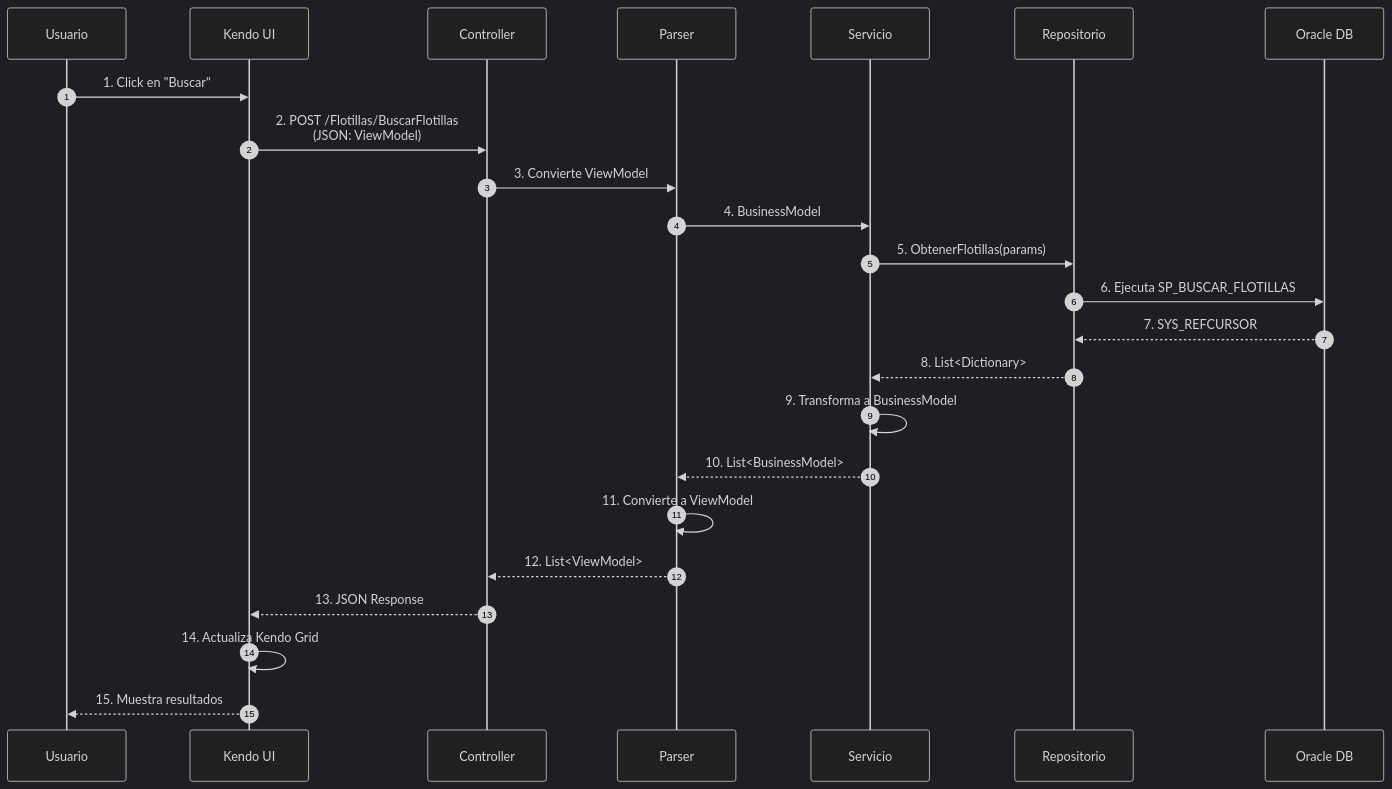
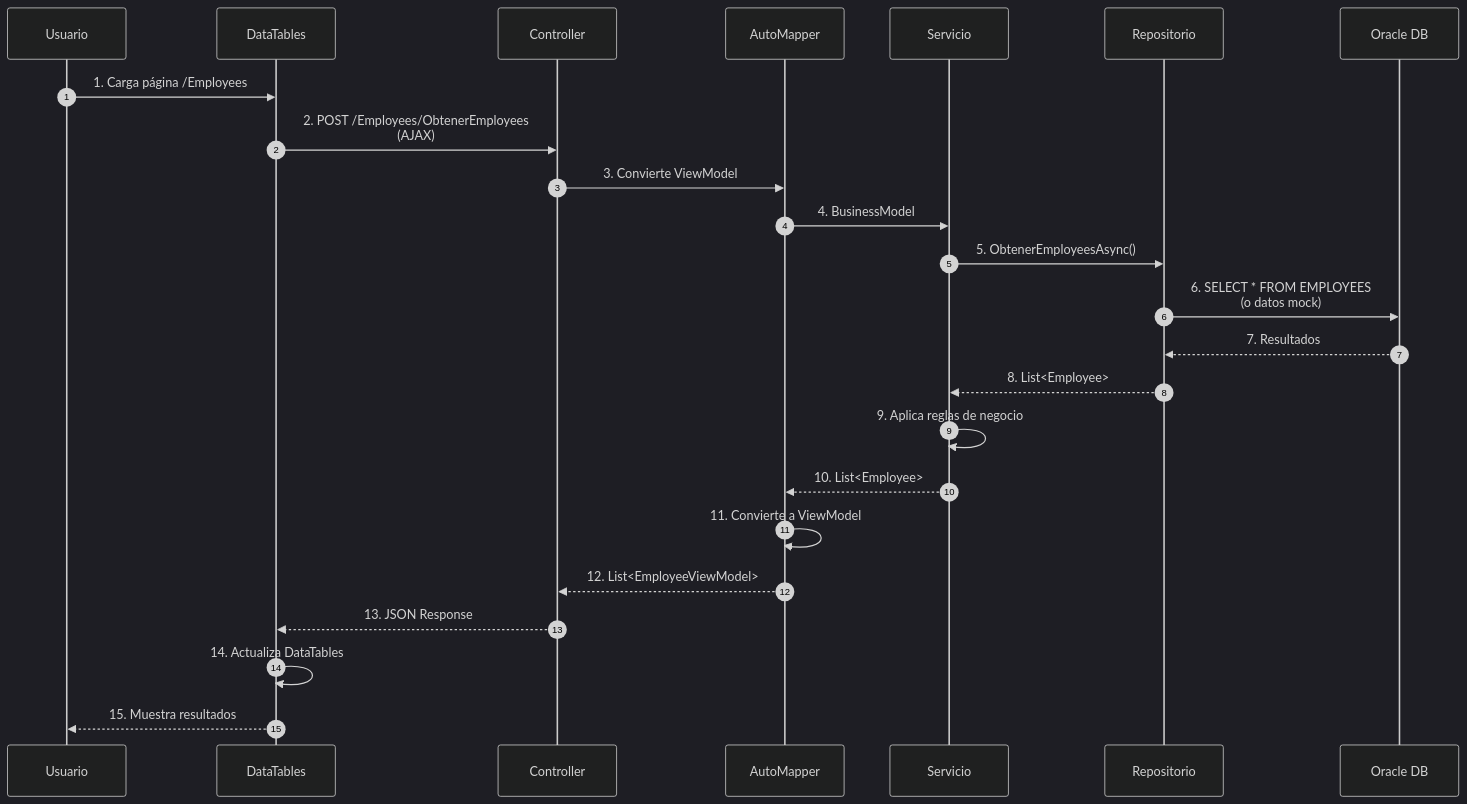
Before and after one commit to alejandro3469/AdministracionFlotillas: the second of 8 diagrams in docs/ARQUITECTURA.md, drawn with Mermaid (dark theme). The commit also changed other lines of this file and 2 other files, not shown here.

````diff
--- a/docs/ARQUITECTURA.md
+++ b/docs/ARQUITECTURA.md
@@ -54,27 +54,27 @@
 ```mermaid
 sequenceDiagram
     autonumber
     participant U as Usuario
-    participant K as Kendo UI
+    participant DT as DataTables
     participant C as Controller
-    participant P as Parser
+    participant P as AutoMapper
     participant S as Servicio
     participant R as Repositorio
     participant O as Oracle DB
     
-    U->>K: 1. Click en "Buscar"
-    K->>C: 2. POST /Flotillas/BuscarFlotillas<br/>(JSON: ViewModel)
+    U->>DT: 1. Carga página /Employees
+    DT->>C: 2. POST /Employees/ObtenerEmployees<br/>(AJAX)
     C->>P: 3. Convierte ViewModel
     P->>S: 4. BusinessModel
-    S->>R: 5. ObtenerFlotillas(params)
-    R->>O: 6. Ejecuta SP_BUSCAR_FLOTILLAS
-    O-->>R: 7. SYS_REFCURSOR
-    R-->>S: 8. List<Dictionary>
-    S->>S: 9. Transforma a BusinessModel
-    S-->>P: 10. List<BusinessModel>
+    S->>R: 5. ObtenerEmployeesAsync()
+    R->>O: 6. SELECT * FROM EMPLOYEES<br/>(o datos mock)
+    O-->>R: 7. Resultados
+    R-->>S: 8. List<Employee>
+    S->>S: 9. Aplica reglas de negocio
+    S-->>P: 10. List<Employee>
     P->>P: 11. Convierte a ViewModel
-    P-->>C: 12. List<ViewModel>
-    C-->>K: 13. JSON Response
-    K->>K: 14. Actualiza Kendo Grid
-    K-->>U: 15. Muestra resultados
+    P-->>C: 12. List<EmployeeViewModel>
+    C-->>DT: 13. JSON Response
+    DT->>DT: 14. Actualiza DataTables
+    DT-->>U: 15. Muestra resultados
 ```
````
